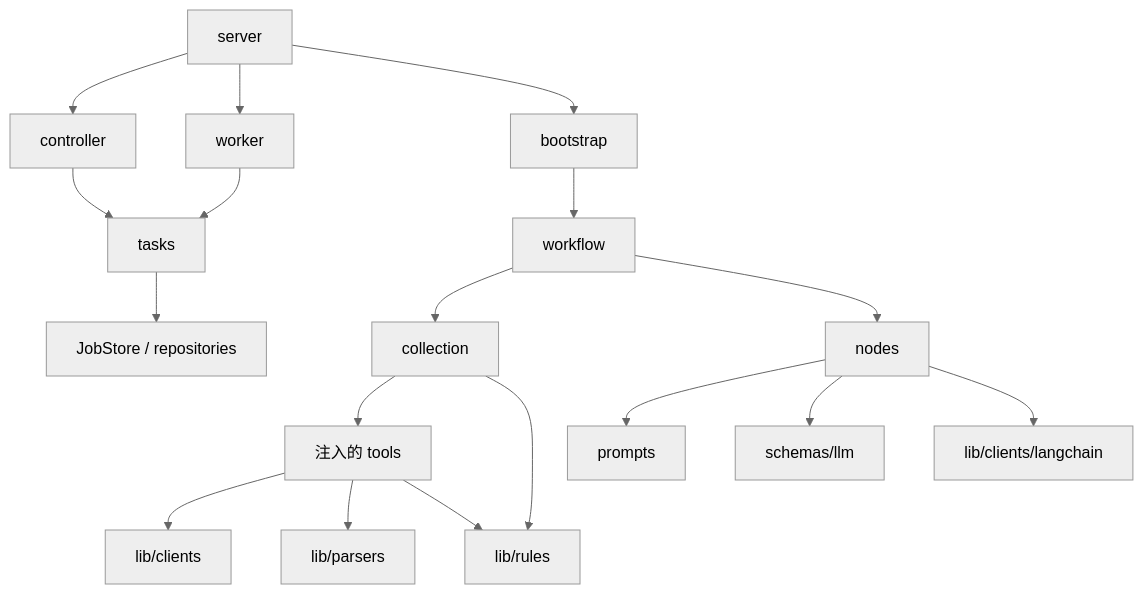
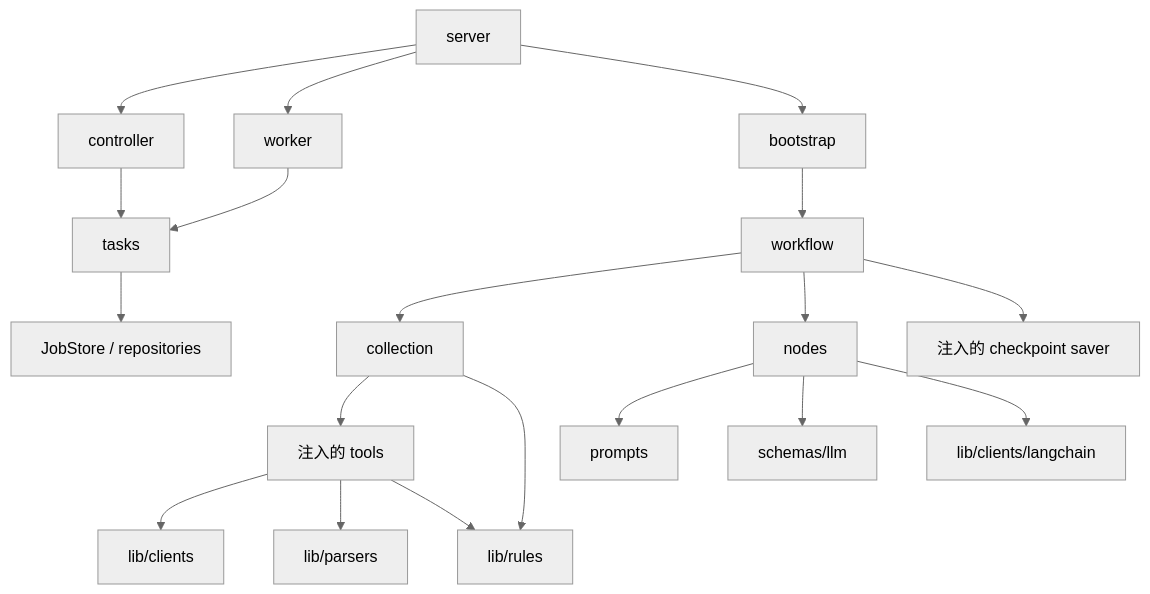
Before and after one commit to ntut-Tu/test_Agent: the diagram in structure/README.md, drawn with Mermaid (neutral theme). The commit also changed other lines of this file and 28 other files, not shown here.

````diff
--- a/structure/README.md
+++ b/structure/README.md
@@ -112,20 +118,21 @@
 ```mermaid
 flowchart TD
     Server[server] --> Controller[controller]
     Controller --> Tasks[tasks]
     Server --> Worker[worker]
     Worker --> Tasks
     Tasks --> Repo[JobStore / repositories]
     Server --> Bootstrap[bootstrap]
     Bootstrap --> Workflow[workflow]
     Workflow --> Collection[collection]
     Workflow --> Nodes[nodes]
+    Workflow --> Checkpoints[注入的 checkpoint saver]
     Collection --> Tools[注入的 tools]
     Tools --> Clients[lib/clients]
     Tools --> Parsers[lib/parsers]
     Tools --> Rules[lib/rules]
     Collection --> Rules
     Nodes --> Prompts[prompts]
     Nodes --> Schema[schemas/llm]
     Nodes --> ModelClient[lib/clients/langchain]
 ```
````
